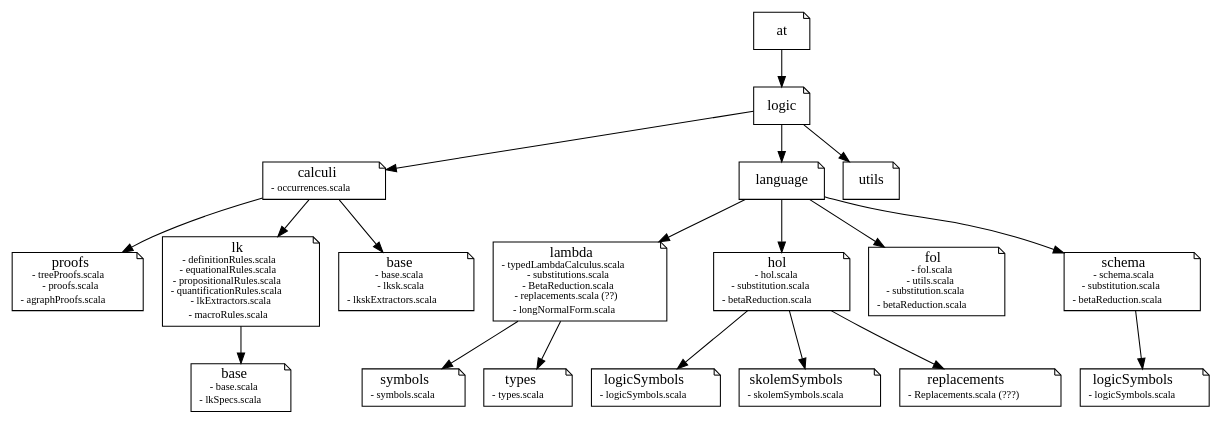
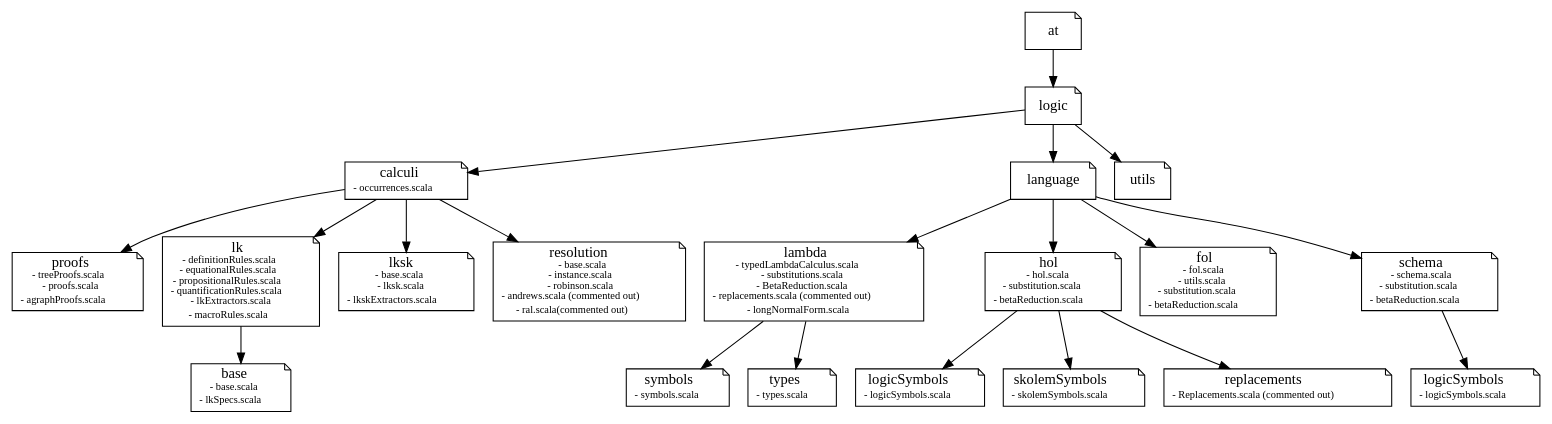
The diagram in doc/packages.gv (mschlaipfer/gapt), drawn with Graphviz before and after one commit. The commit also changed 17 other files, not shown here.

Commit message:
Added hashCode to typedLambdaCalculus (otherwise list diff does not work properly...). Resolution calculus compiles and passes the tests, but andrews.scala and ral.scala are commented out. Remember me to discuss this on our meeting next Wednesday.

```diff
--- a/doc/packages.gv
+++ b/doc/packages.gv
@@ -1,35 +1,37 @@
 # Command: dot packages.gv -Tpng > packages.png
 
 digraph G {
   node [shape=note];
-  lambda [label=< lambda<br/><font point-size="10pt">- typedLambdaCalculus.scala<br/>- substitutions.scala<br/>- BetaReduction.scala<br/>- replacements.scala (??)<br/>- longNormalForm.scala</font> >]
+  lambda [label=< lambda<br/><font point-size="10pt">- typedLambdaCalculus.scala<br/>- substitutions.scala<br/>- BetaReduction.scala<br/>- replacements.scala (commented out)<br/>- longNormalForm.scala</font> >]
   symbols [label=< symbols<br/><font point-size="10pt">- symbols.scala</font> >]
   types [label=< types<br/><font point-size="10pt">- types.scala</font> >]
   hol [label=< hol<br/><font point-size="10pt">- hol.scala<br/>- substitution.scala<br/>- betaReduction.scala</font> >]
   logicSymbols [label=< logicSymbols<br/><font point-size="10pt">- logicSymbols.scala</font> >]
   skolemSymbols [label=< skolemSymbols<br/><font point-size="10pt">- skolemSymbols.scala</font> >]
-  replacements [label=< replacements<br/><font point-size="10pt">- Replacements.scala (???)</font> >]
+  replacements [label=< replacements<br/><font point-size="10pt">- Replacements.scala (commented out)</font> >]
   fol [label=< fol<br/><font point-size="10pt">- fol.scala<br/>- utils.scala<br/>- substitution.scala<br/>- betaReduction.scala</font> >]
   schema [label=< schema<br/><font point-size="10pt">- schema.scala<br/>- substitution.scala<br/>- betaReduction.scala</font> >]
   logicSymbols_schema [label=< logicSymbols<br/><font point-size="10pt">- logicSymbols.scala</font> >]
   calculi [label=< calculi<br/><font point-size="10pt">- occurrences.scala</font> >]
   proofs [label=< proofs<br/><font point-size="10pt">- treeProofs.scala<br/>- proofs.scala<br/>- agraphProofs.scala</font> >]
   lk [label=< lk<br/><font point-size="10pt">- definitionRules.scala<br/>- equationalRules.scala<br/>- propositionalRules.scala<br/>- quantificationRules.scala<br/>- lkExtractors.scala<br/>- macroRules.scala</font> >]
   base [label=< base<br/><font point-size="10pt">- base.scala<br/>- lkSpecs.scala</font> >]
-  lksk [label=< base<br/><font point-size="10pt">- base.scala<br/>- lksk.scala<br/>- lkskExtractors.scala</font> >]
+  lksk [label=< lksk<br/><font point-size="10pt">- base.scala<br/>- lksk.scala<br/>- lkskExtractors.scala</font> >]
+  resolution [label=< resolution<br/><font point-size="10pt">- base.scala<br/>- instance.scala<br/>- robinson.scala<br/>- andrews.scala (commented out)<br/>- ral.scala(commented out)</font> >]
   at -> logic -> language -> lambda -> symbols;
   lambda -> types;
   language -> hol;
   hol -> logicSymbols;
   hol -> skolemSymbols;
   hol -> replacements;
   language -> fol;
   language -> schema;
   schema -> logicSymbols_schema;
   logic -> utils;
   logic -> calculi;
   calculi -> proofs;
   calculi -> lk;
   lk -> base;
   calculi -> lksk;
+  calculi -> resolution;
 }
```
